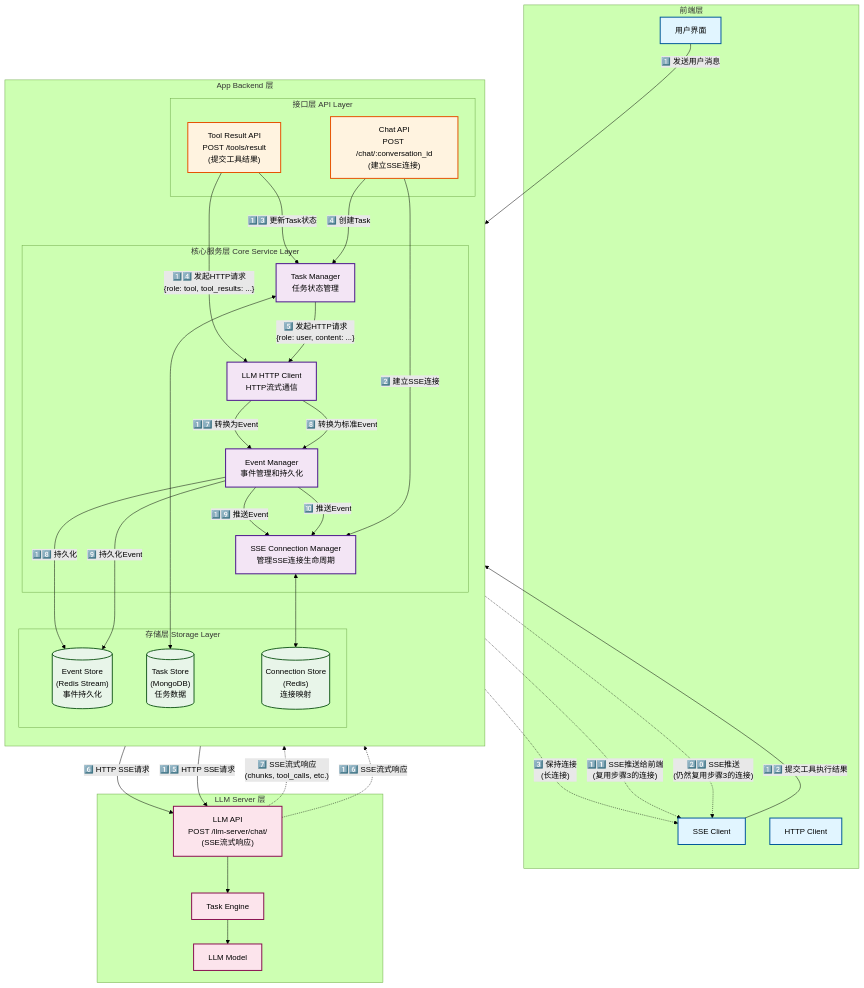
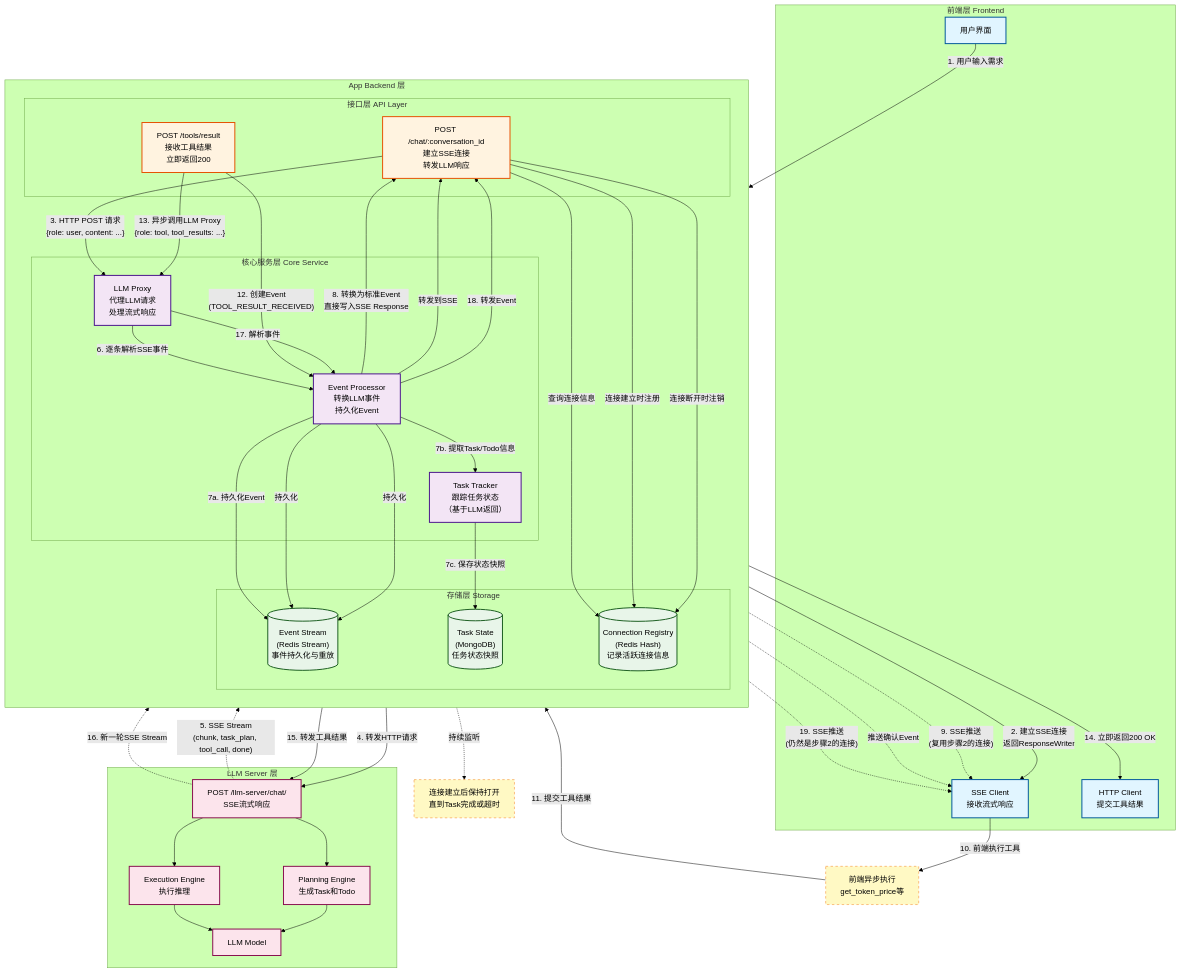
The diagram in all/未命名-10.md (yingjianzh/iodraw-files), drawn with Mermaid (forest theme) before and after one commit.

Commit message:
2025-12-22 15:25:12 update

````diff
--- a/all/未命名-10.md
+++ b/all/未命名-10.md
@@ -1,86 +1,102 @@
 ```mermaid
 graph TB
-    subgraph "前端层"
+    subgraph "前端层 Frontend"
         UI[用户界面]
-        SSE_Client[SSE Client]
-        HTTP_Client[HTTP Client]
+        SSE_Client[SSE Client<br/>接收流式响应]
+        HTTP_Client[HTTP Client<br/>提交工具结果]
     end
 
     subgraph "App Backend 层"
         direction TB
         
         subgraph "接口层 API Layer"
-            Chat_API["Chat API<br/>POST /chat/:conversation_id<br/>(建立SSE连接)"]
-            Tool_API["Tool Result API<br/>POST /tools/result<br/>(提交工具结果)"]
+            Chat_API["POST /chat/:conversation_id<br/>建立SSE连接<br/>转发LLM响应"]
+            Tool_API["POST /tools/result<br/>接收工具结果<br/>立即返回200"]
         end
         
-        subgraph "核心服务层 Core Service Layer"
-            SSE_Mgr[SSE Connection Manager<br/>管理SSE连接生命周期]
-            Event_Mgr[Event Manager<br/>事件管理和持久化]
-            Task_Mgr[Task Manager<br/>任务状态管理]
-            LLM_Client[LLM HTTP Client<br/>HTTP流式通信]
+        subgraph "核心服务层 Core Service"
+            LLM_Proxy["LLM Proxy<br/>代理LLM请求<br/>处理流式响应"]
+            Event_Processor["Event Processor<br/>转换LLM事件<br/>持久化Event"]
+            Task_Tracker["Task Tracker<br/>跟踪任务状态<br/>（基于LLM返回）"]
         end
         
-        subgraph "存储层 Storage Layer"
-            Event_Store[("Event Store<br/>(Redis Stream)<br/>事件持久化")]
-            Task_Store[("Task Store<br/>(MongoDB)<br/>任务数据")]
-            Conn_Store[("Connection Store<br/>(Redis)<br/>连接映射")]
+        subgraph "存储层 Storage"
+            Event_Stream[("Event Stream<br/>(Redis Stream)<br/>事件持久化与重放")]
+            Task_State[("Task State<br/>(MongoDB)<br/>任务状态快照")]
+            Conn_Registry[("Connection Registry<br/>(Redis Hash)<br/>记录活跃连接信息")]
         end
     end
 
     subgraph "LLM Server 层"
-        LLM_API["LLM API<br/>POST /llm-server/chat/<br/>(SSE流式响应)"]
-        Task_Engine[Task Engine]
+        LLM_API["POST /llm-server/chat/<br/>SSE流式响应"]
+        Planning_Engine[Planning Engine<br/>生成Task和Todo]
+        Execution_Engine[Execution Engine<br/>执行推理]
         Model[LLM Model]
     end
 
-    %% 前端发送消息流程
-    UI -->|"1️⃣ 发送用户消息"| Chat_API
-    Chat_API -->|"2️⃣ 建立SSE连接"| SSE_Mgr
-    SSE_Mgr -.->|"3️⃣ 保持连接<br/>(长连接)"| SSE_Client
+    %% ===== 用户发送消息流程 =====
+    UI -->|"1. 用户输入需求"| Chat_API
+    Chat_API -->|"2. 建立SSE连接<br/>返回ResponseWriter"| SSE_Client
+    Note1["连接建立后保持打开<br/>直到Task完成或超时"]
+    Chat_API -.->|"持续监听"| Note1
     
-    Chat_API -->|"4️⃣ 创建Task"| Task_Mgr
-    Task_Mgr -->|"5️⃣ 发起HTTP请求<br/>{role: user, content: ...}"| LLM_Client
+    Chat_API -->|"3. HTTP POST 请求<br/>{role: user, content: ...}"| LLM_Proxy
     
-    %% LLM响应流程
-    LLM_Client -->|"6️⃣ HTTP SSE请求"| LLM_API
-    LLM_API -.->|"7️⃣ SSE流式响应<br/>(chunks, tool_calls, etc.)"| LLM_Client
+    LLM_Proxy -->|"4. 转发HTTP请求"| LLM_API
+    LLM_API -.->|"5. SSE Stream<br/>(chunk, task_plan, tool_call, done)"| LLM_Proxy
     
-    LLM_Client -->|"8️⃣ 转换为标准Event"| Event_Mgr
-    Event_Mgr -->|"9️⃣ 持久化Event"| Event_Store
-    Event_Mgr -->|"🔟 推送Event"| SSE_Mgr
-    SSE_Mgr -.->|"1️⃣1️⃣ SSE推送给前端<br/>(复用步骤3的连接)"| SSE_Client
+    %% ===== LLM响应处理流程 =====
+    LLM_Proxy -->|"6. 逐条解析SSE事件"| Event_Processor
     
-    %% 工具调用流程
-    SSE_Client -->|"1️⃣2️⃣ 提交工具执行结果"| Tool_API
-    Tool_API -->|"1️⃣3️⃣ 更新Task状态"| Task_Mgr
-    Tool_API -->|"1️⃣4️⃣ 发起HTTP请求<br/>{role: tool, tool_results: ...}"| LLM_Client
+    Event_Processor -->|"7a. 持久化Event"| Event_Stream
+    Event_Processor -->|"7b. 提取Task/Todo信息"| Task_Tracker
+    Task_Tracker -->|"7c. 保存状态快照"| Task_State
     
-    %% 第二轮LLM响应（复用连接）
-    LLM_Client -->|"1️⃣5️⃣ HTTP SSE请求"| LLM_API
-    LLM_API -.->|"1️⃣6️⃣ SSE流式响应"| LLM_Client
-    LLM_Client -->|"1️⃣7️⃣ 转换为Event"| Event_Mgr
-    Event_Mgr -->|"1️⃣8️⃣ 持久化"| Event_Store
-    Event_Mgr -->|"1️⃣9️⃣ 推送Event"| SSE_Mgr
-    SSE_Mgr -.->|"2️⃣0️⃣ SSE推送<br/>(仍然复用步骤3的连接)"| SSE_Client
+    Event_Processor -->|"8. 转换为标准Event<br/>直接写入SSE Response"| Chat_API
+    Chat_API -.->|"9. SSE推送<br/>(复用步骤2的连接)"| SSE_Client
     
-    %% 内部依赖
-    Task_Mgr <--> Task_Store
-    SSE_Mgr <--> Conn_Store
+    %% ===== 工具调用流程 =====
+    SSE_Client -->|"10. 前端执行工具"| Note2["前端异步执行<br/>get_token_price等"]
+    Note2 -->|"11. 提交工具结果"| Tool_API
     
-    LLM_API --> Task_Engine
-    Task_Engine --> Model
+    Tool_API -->|"12. 创建Event<br/>(TOOL_RESULT_RECEIVED)"| Event_Processor
+    Event_Processor -->|"持久化"| Event_Stream
+    Event_Processor -->|"转发到SSE"| Chat_API
+    Chat_API -.->|"推送确认Event"| SSE_Client
     
-    %% 样式
+    Tool_API -->|"13. 异步调用LLM Proxy<br/>{role: tool, tool_results: ...}"| LLM_Proxy
+    Tool_API -->|"14. 立即返回200 OK"| HTTP_Client
+    
+    %% ===== 第二轮LLM响应 =====
+    LLM_Proxy -->|"15. 转发工具结果"| LLM_API
+    LLM_API -.->|"16. 新一轮SSE Stream"| LLM_Proxy
+    LLM_Proxy -->|"17. 解析事件"| Event_Processor
+    Event_Processor -->|"持久化"| Event_Stream
+    Event_Processor -->|"18. 转发Event"| Chat_API
+    Chat_API -.->|"19. SSE推送<br/>(仍然是步骤2的连接)"| SSE_Client
+    
+    %% ===== 内部依赖 =====
+    Chat_API -->|"查询连接信息"| Conn_Registry
+    Chat_API -->|"连接建立时注册"| Conn_Registry
+    Chat_API -->|"连接断开时注销"| Conn_Registry
+    
+    LLM_API --> Planning_Engine
+    LLM_API --> Execution_Engine
+    Planning_Engine --> Model
+    Execution_Engine --> Model
+    
+    %% ===== 样式 =====
     classDef frontend fill:#e1f5ff,stroke:#01579b,stroke-width:2px
     classDef api fill:#fff3e0,stroke:#e65100,stroke-width:2px
     classDef service fill:#f3e5f5,stroke:#4a148c,stroke-width:2px
     classDef storage fill:#e8f5e9,stroke:#1b5e20,stroke-width:2px
     classDef llm fill:#fce4ec,stroke:#880e4f,stroke-width:2px
+    classDef note fill:#fff9c4,stroke:#f57f17,stroke-width:1px,stroke-dasharray: 5 5
     
     class UI,SSE_Client,HTTP_Client frontend
     class Chat_API,Tool_API api
-    class SSE_Mgr,Event_Mgr,Task_Mgr,LLM_Client service
-    class Event_Store,Task_Store,Conn_Store storage
-    class LLM_API,Task_Engine,Model llm
+    class LLM_Proxy,Event_Processor,Task_Tracker service
+    class Event_Stream,Task_State,Conn_Registry storage
+    class LLM_API,Planning_Engine,Execution_Engine,Model llm
+    class Note1,Note2 note
 ```
````
